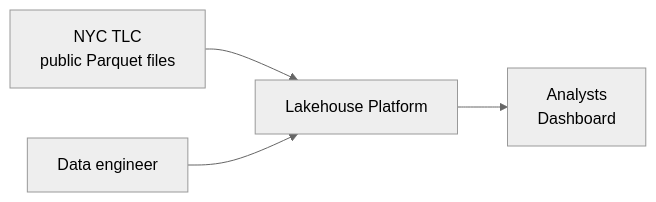
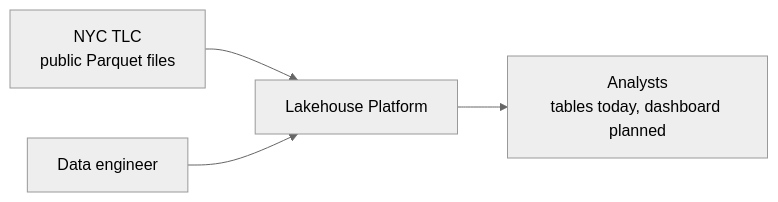
One commit to shadmanArko/nyc-taxi-lakehouse changed the first of 2 diagrams in docs/01-architecture/architecture-overview.md. Above: the diagram before and after it, drawn with Mermaid (neutral theme). The commit also changed other lines of this file and 9 other files, not shown here.

````diff
--- a/docs/01-architecture/architecture-overview.md
+++ b/docs/01-architecture/architecture-overview.md
@@ -5,6 +7,6 @@
 ```mermaid
 flowchart LR
     TLC[NYC TLC<br/>public Parquet files] --> P[Lakehouse Platform]
-    P --> D[Analysts<br/>Dashboard]
+    P --> D[Analysts<br/>tables today, dashboard planned]
     E[Data engineer] --> P
 ```
````
